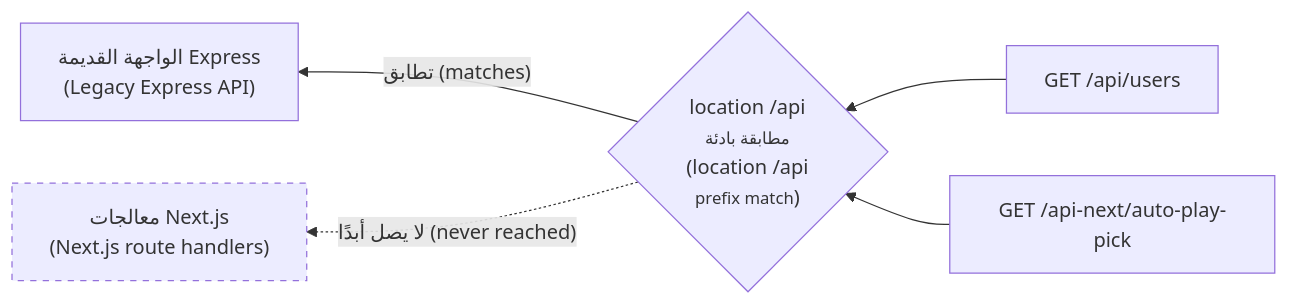
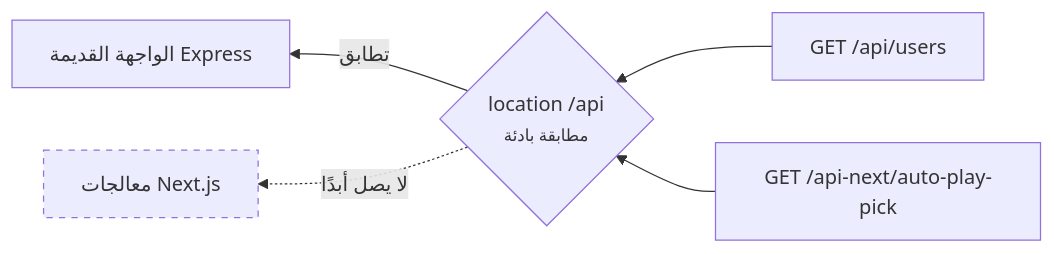
One commit to Tamoura/system-design-for-vibe-coders changed the first of 3 diagrams in modules/01-anatomy-of-a-real-app/lesson-2-the-requests-journey.ar.md. Above: the diagram before and after it, drawn with Mermaid. The commit also changed other lines of this file and 551 other files, not shown here.

````diff
--- a/modules/01-anatomy-of-a-real-app/lesson-2-the-requests-journey.ar.md
+++ b/modules/01-anatomy-of-a-real-app/lesson-2-the-requests-journey.ar.md
@@ -21,8 +21,8 @@
 ```mermaid
 flowchart RL
-    R1["GET /api/users"] --> L{"location /api<br/><small>مطابقة بادئة</small><br/>(location /api<br/><small>prefix match</small>)"}
+    R1["GET /api/users"] --> L{"location /api<br/><small>مطابقة بادئة</small>"}
     R2["GET /api-next/auto-play-pick"] --> L
-    L -->|"تطابق (matches)"| EXPRESS["الواجهة القديمة Express<br/>(Legacy Express API)"]
-    L -.->|"لا يصل أبدًا (never reached)"| NEXT["معالجات Next.js<br/>(Next.js route handlers)"]
+    L -->|"تطابق"| EXPRESS["الواجهة القديمة Express"]
+    L -.->|"لا يصل أبدًا"| NEXT["معالجات Next.js"]
     style NEXT stroke-dasharray: 5 5
 ```
````
